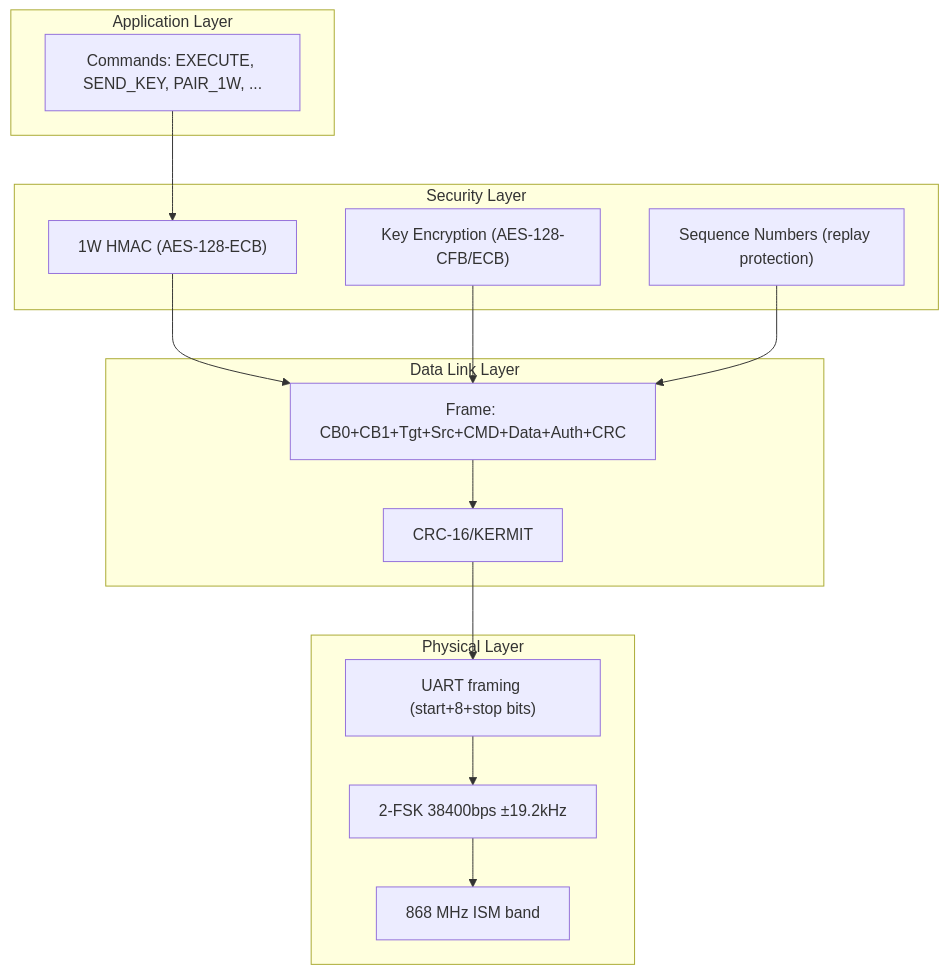
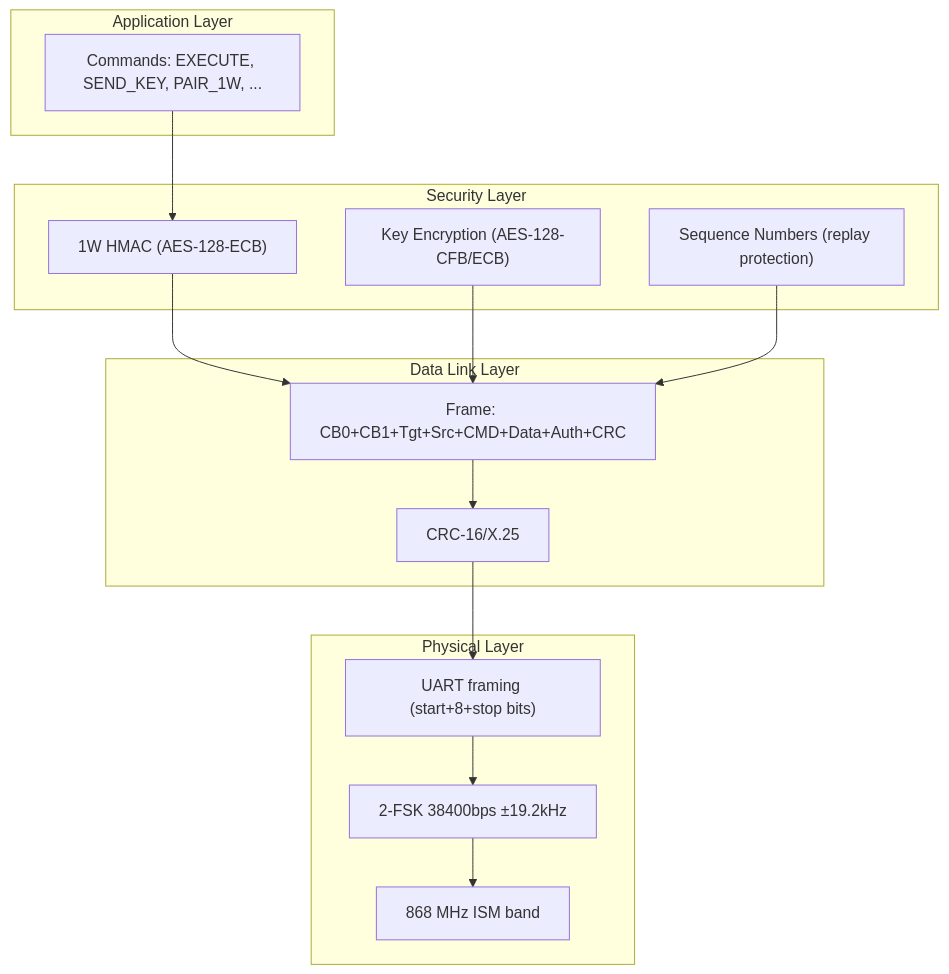
Before and after one commit to ximex/esphome: diagram 11 of 11 in esphome/components/io_homecontrol/PROTOCOL.md, drawn with Mermaid. The commit also changed other lines of this file and 9 other files, not shown here.

````diff
--- a/esphome/components/io_homecontrol/PROTOCOL.md
+++ b/esphome/components/io_homecontrol/PROTOCOL.md
@@ -756,29 +757,29 @@
 ```mermaid
 graph TD
     subgraph L4["Application Layer"]
         CMD["Commands: EXECUTE, SEND_KEY, PAIR_1W, ..."]
     end
     subgraph L3["Security Layer"]
         HMAC["1W HMAC (AES-128-ECB)"]
         ENC["Key Encryption (AES-128-CFB/ECB)"]
         SEQ["Sequence Numbers (replay protection)"]
     end
     subgraph L2["Data Link Layer"]
         FRM["Frame: CB0+CB1+Tgt+Src+CMD+Data+Auth+CRC"]
-        CRC["CRC-16/KERMIT"]
+        CRC["CRC-16/X.25"]
     end
     subgraph L1["Physical Layer"]
         UART["UART framing (start+8+stop bits)"]
         FSK["2-FSK 38400bps ±19.2kHz"]
         RF["868 MHz ISM band"]
     end
 
     CMD --> HMAC
     HMAC --> FRM
     ENC --> FRM
     SEQ --> FRM
     FRM --> CRC
     CRC --> UART
     UART --> FSK
     FSK --> RF
 ```
````
